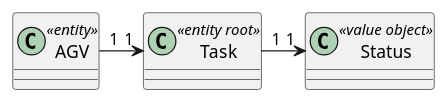
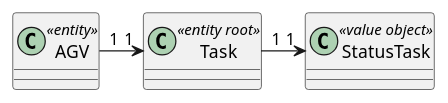
One commit to LourencoMelo/ISEP-EAPLI changed the diagram in eapli.base/Documentation/Geral/Diagrams Code/Task_Aggregate.puml. Above: the diagram before and after it, drawn with PlantUML. The commit also changed 5 other files, not shown here.

Commit message:
MD upgrade, Glossary correction. UML changes

```diff
--- a/eapli.base/Documentation/Geral/Diagrams Code/Task_Aggregate.puml
+++ b/eapli.base/Documentation/Geral/Diagrams Code/Task_Aggregate.puml
@@ -1,18 +1,18 @@
 @startuml
 
 class Task<<entity root>>{
 }
 
-class Status<<value object>>{
+class StatusTask<<value object>>{
 
 }
 
 class AGV<<entity>>{
 
 }
 
 AGV "1" -> "1" Task
-Task "1" -> "1" Status
+Task "1" -> "1" StatusTask
 
 
 @enduml
```
